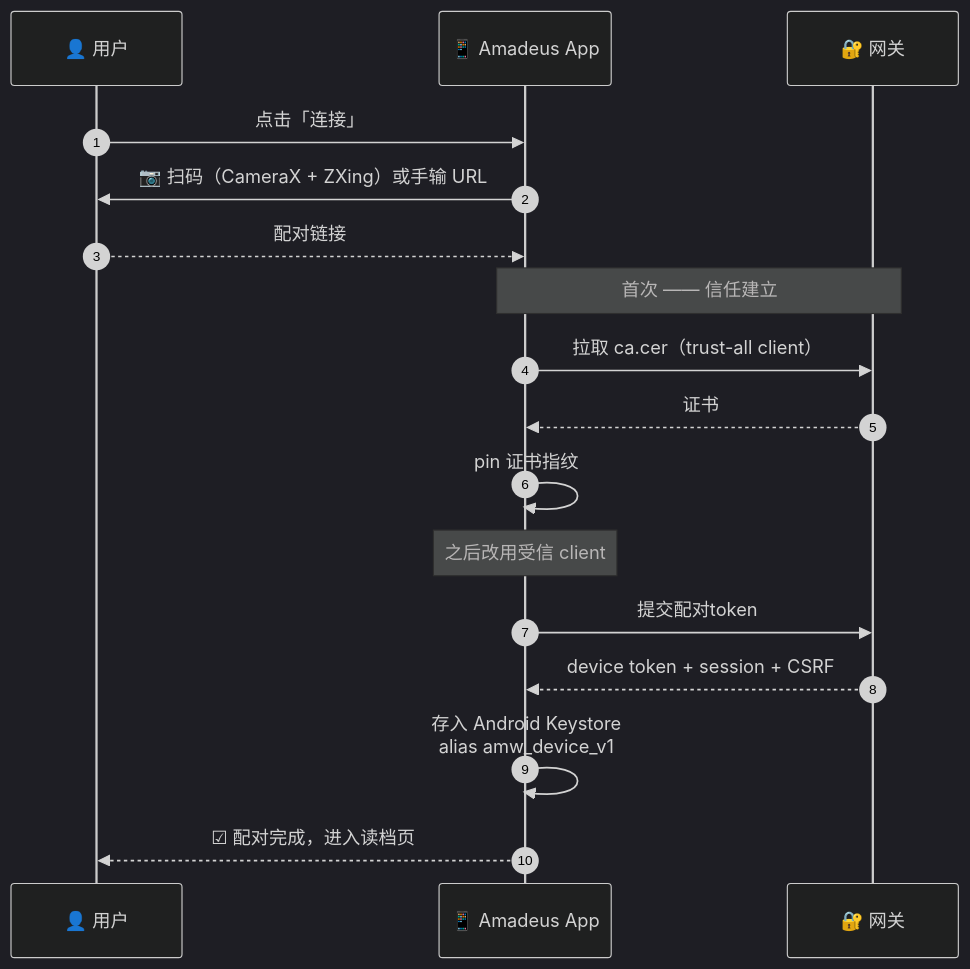
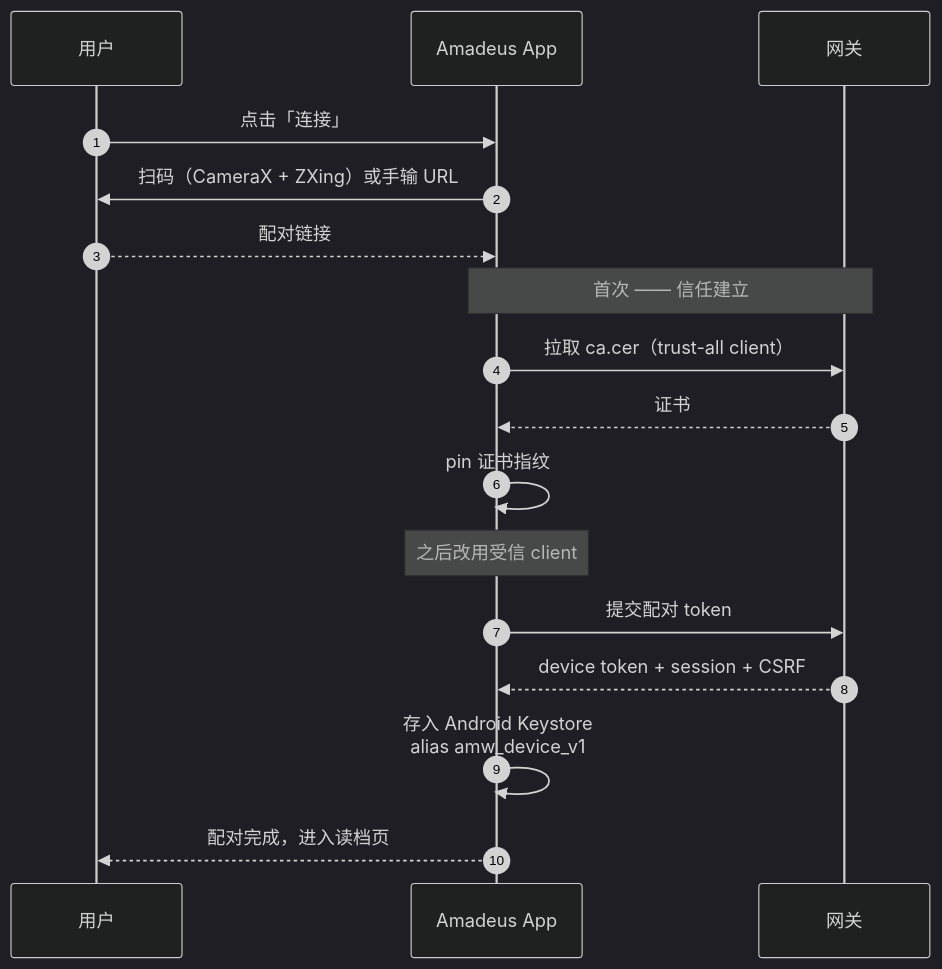
Before and after one commit to saya-ch/dsh-amadeus: the third of 5 diagrams in README.md, drawn with Mermaid (dark theme). The commit also changed other lines of this file, not shown here.

````diff
--- a/README.md
+++ b/README.md
@@ -302,22 +366,22 @@
 ```mermaid
 sequenceDiagram
     autonumber
-    participant U as 👤 用户
-    participant A as 📱 Amadeus App
-    participant G as 🔐 网关
+    participant U as 用户
+    participant A as Amadeus App
+    participant G as 网关
 
     U->>A: 点击「连接」
-    A->>U: 📷 扫码（CameraX + ZXing）或手输 URL
+    A->>U: 扫码（CameraX + ZXing）或手输 URL
     U-->>A: 配对链接
 
     Note over A,G: 首次 —— 信任建立
     A->>G: 拉取 ca.cer（trust-all client）
     G-->>A: 证书
     A->>A: pin 证书指纹
     Note over A: 之后改用受信 client
 
-    A->>G: 提交配对token
+    A->>G: 提交配对 token
     G-->>A: device token + session + CSRF
     A->>A: 存入 Android Keystore<br/>alias amw_device_v1
-    A-->>U: ☑ 配对完成，进入读档页
+    A-->>U: 配对完成，进入读档页
 ```
````
